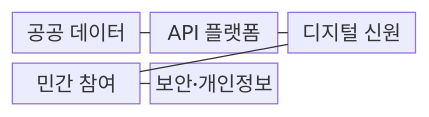
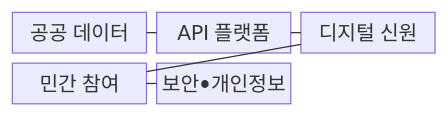
Before and after one commit to agnusdei1207/knowledge-base: the first of 2 diagrams in src/content/docs/notes/07-law-policy/009_digital_platform_government.md, drawn with Mermaid. The commit also changed other lines of this file and 953 other files, not shown here.

````diff
--- a/src/content/docs/notes/07-law-policy/009_digital_platform_government.md
+++ b/src/content/docs/notes/07-law-policy/009_digital_platform_government.md
@@ -70,13 +70,13 @@
 ```mermaid
 block-beta
     columns 3
     A["공공 데이터"]
     B["API 플랫폼"]
     C["디지털 신원"]
     D["민간 참여"]
-    E["보안·개인정보"]
+    E["보안•개인정보"]
     A --- B
     B --- C
     C --- D
     D --- E
 ```
````
